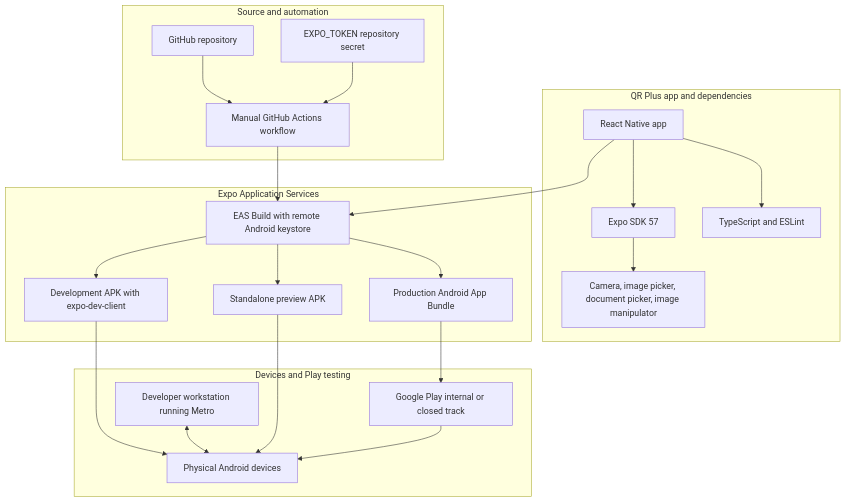
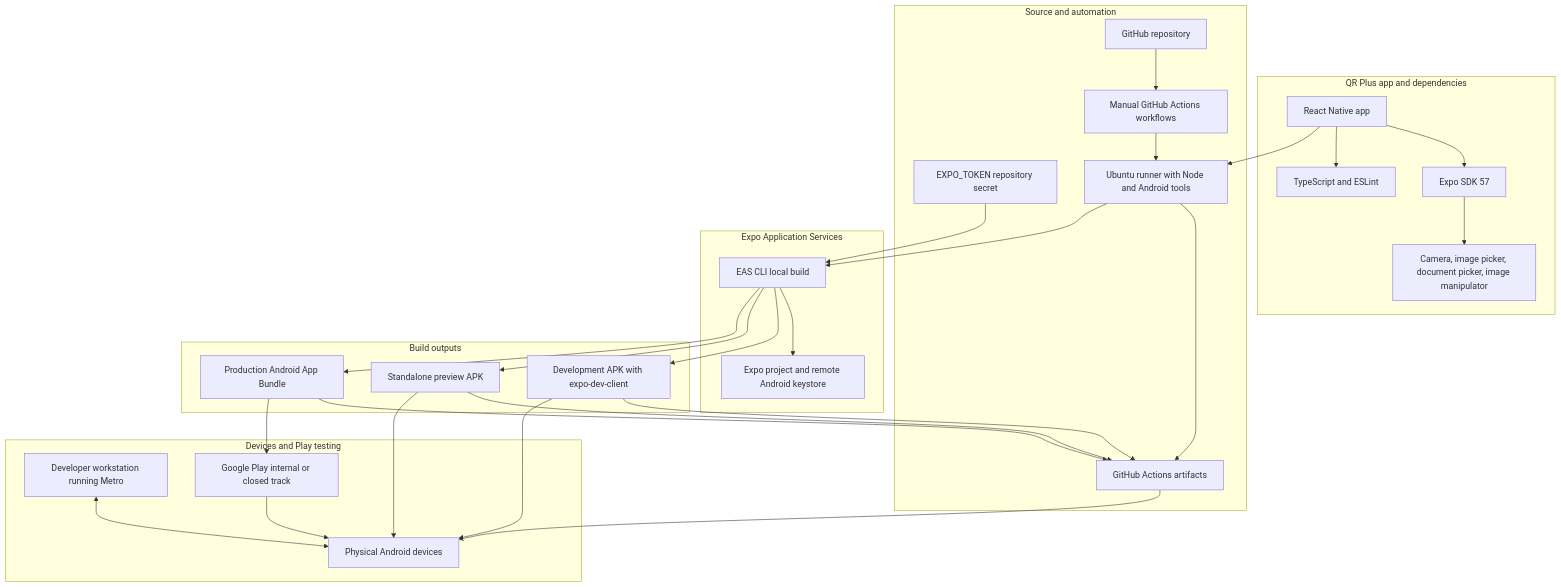
The diagram in ReadMe.md (BillCacy/qrplus), drawn with Mermaid before and after one commit. The commit also changed other lines of this file and 2 other files, not shown here.

Commit message:
Build action updates

````diff
--- a/ReadMe.md
+++ b/ReadMe.md
@@ -63,44 +63,57 @@
 ```mermaid
 flowchart TD
   subgraph APP[QR Plus app and dependencies]
     SOURCE[React Native app]
     EXPO[Expo SDK 57]
     MODULES[Camera, image picker, document picker, image manipulator]
     DEVTOOLS[TypeScript and ESLint]
     SOURCE --> EXPO
     EXPO --> MODULES
     SOURCE --> DEVTOOLS
   end
 
   subgraph CI[Source and automation]
     REPO[GitHub repository]
-    ACTION[Manual GitHub Actions workflow]
+    ACTION[Manual GitHub Actions workflows]
     TOKEN[EXPO_TOKEN repository secret]
+    RUNNER[Ubuntu runner with Node and Android tools]
+    ARTIFACTS[GitHub Actions artifacts]
     REPO --> ACTION
-    TOKEN --> ACTION
+    ACTION --> RUNNER
+    RUNNER --> ARTIFACTS
   end
 
   subgraph EAS[Expo Application Services]
-    BUILD[EAS Build with remote Android keystore]
+    EASCLI[EAS CLI local build]
+    PROJECT[Expo project and remote Android keystore]
+    EASCLI --> PROJECT
+  end
+
+  subgraph OUTPUTS[Build outputs]
     DEVAPK[Development APK with expo-dev-client]
     PREVIEWAPK[Standalone preview APK]
     AAB[Production Android App Bundle]
-    BUILD --> DEVAPK
-    BUILD --> PREVIEWAPK
-    BUILD --> AAB
   end
 
   subgraph TESTING[Devices and Play testing]
     METRO[Developer workstation running Metro]
     PHONES[Physical Android devices]
     PLAY[Google Play internal or closed track]
   end
 
-  ACTION --> BUILD
-  SOURCE --> BUILD
+  SOURCE --> RUNNER
+  TOKEN --> EASCLI
+  RUNNER --> EASCLI
+  EASCLI --> DEVAPK
+  EASCLI --> PREVIEWAPK
+  EASCLI --> AAB
+  DEVAPK --> ARTIFACTS
+  PREVIEWAPK --> ARTIFACTS
+  AAB --> ARTIFACTS
+  ARTIFACTS --> PHONES
   DEVAPK --> PHONES
   METRO <--> PHONES
   PREVIEWAPK --> PHONES
   AAB --> PLAY
   PLAY --> PHONES
 ```
````
